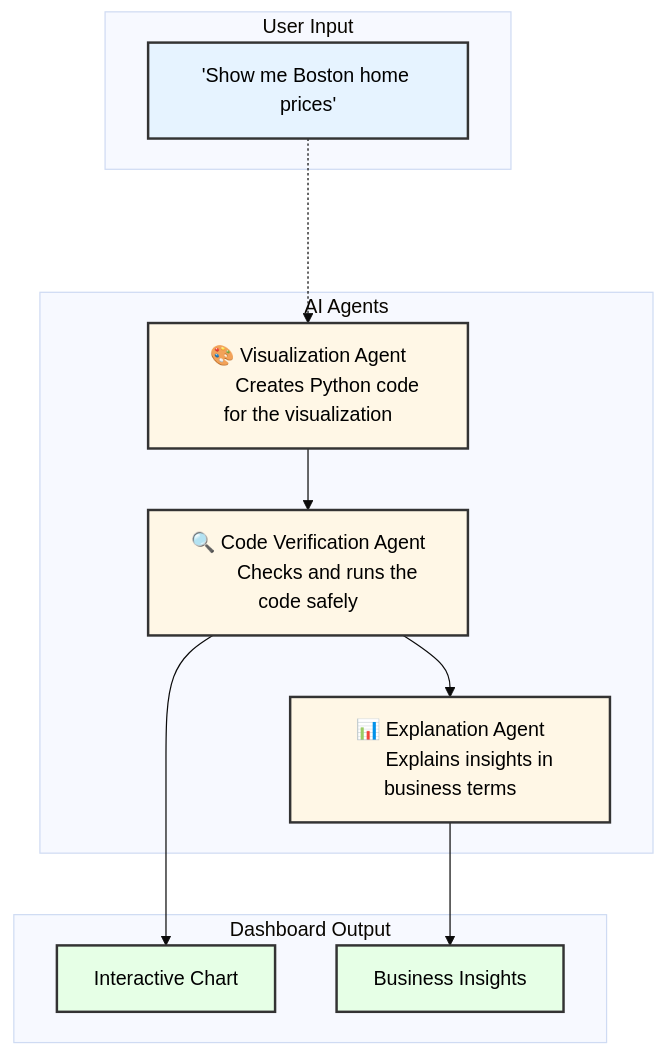
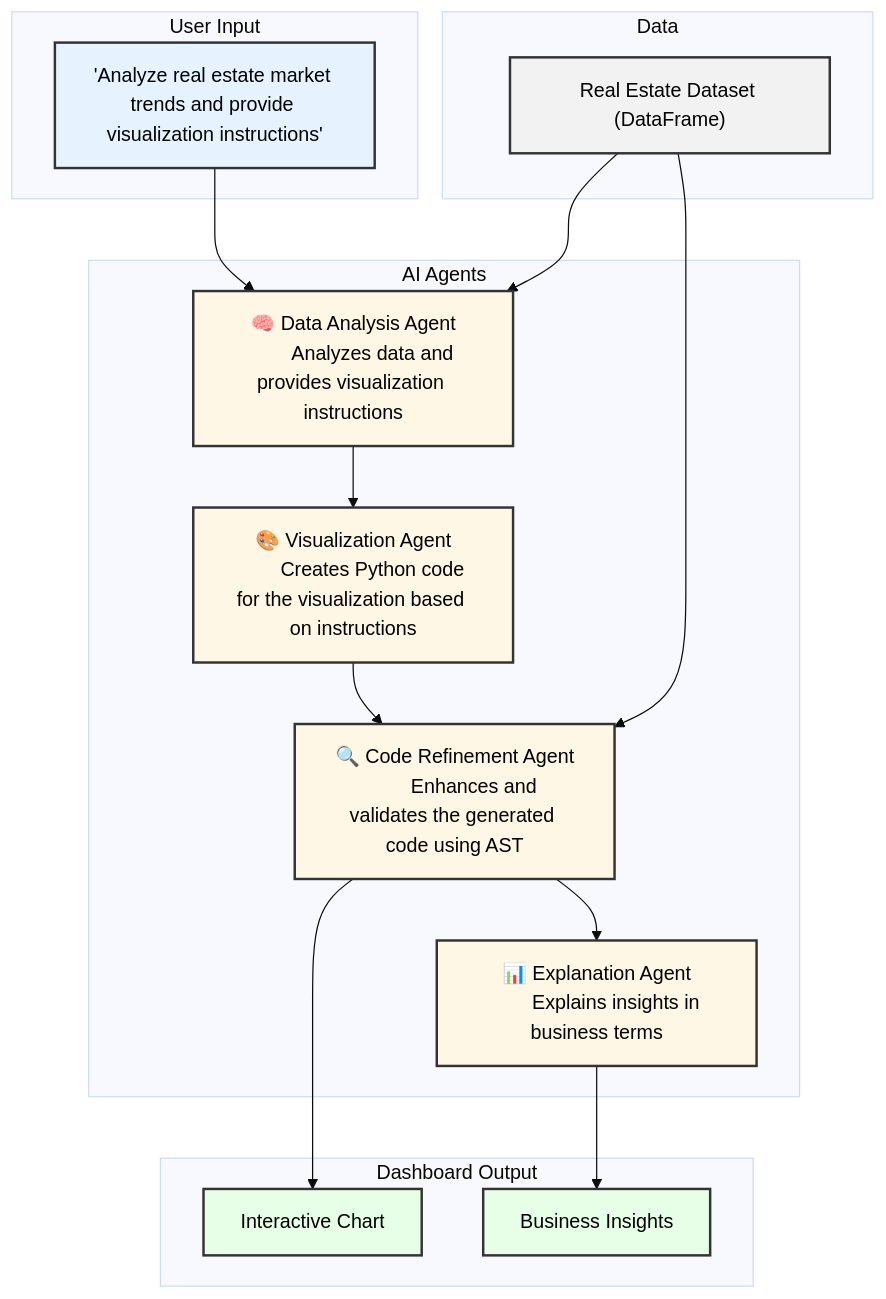
One commit to srbutler1/real_estate_tool changed the diagram in README.md. Above: the diagram before and after it, drawn with Mermaid (base theme).

````diff
--- a/README.md
+++ b/README.md
@@ -8,34 +8,45 @@
 ```mermaid
 flowchart TD
     subgraph User["User Input"]
-        Query["'Show me Boston home prices'"]
+        Query["'Analyze real estate market trends and provide visualization instructions'"]
     end
 
-    subgraph Agents["    AI Agents"]
-        Agent1["🎨 Visualization Agent
-        Creates Python code for the visualization"]
-        Agent2["🔍 Code Verification Agent
-        Checks and runs the code safely"]
-        Agent3["📊 Explanation Agent
+    subgraph Data["Data"]
+        DataFrame["Real Estate Dataset (DataFrame)"]
+    end
+
+    subgraph Agents["AI Agents"]
+        Agent1["🧠 Data Analysis Agent
+        Analyzes data and provides visualization instructions"]
+        Agent2["🎨 Visualization Agent
+        Creates Python code for the visualization based on instructions"]
+        Agent3["🔍 Code Refinement Agent
+        Enhances and validates the generated code using AST"]
+        Agent4["📊 Explanation Agent
         Explains insights in business terms"]
     end
 
     subgraph Output["Dashboard Output"]
         Chart["Interactive Chart"]
         Text["Business Insights"]
     end
 
-    Query -..-> Agent1
+    Query --> Agent1
+    DataFrame --> Agent1
     Agent1 --> Agent2
     Agent2 --> Agent3
-    Agent2 --> Chart
-    Agent3 --> Text
+    Agent3 --> Agent4
+    DataFrame --> Agent3
+    Agent3 --> Chart
+    Agent4 --> Text
 
     classDef queryClass fill:#e6f3ff,stroke:#333,stroke-width:2px,color:#000
+    classDef dataClass fill:#f2f2f2,stroke:#333,stroke-width:2px,color:#000
     classDef agentClass fill:#fff7e6,stroke:#333,stroke-width:2px,color:#000
     classDef outputClass fill:#e6ffe6,stroke:#333,stroke-width:2px,color:#000
     
     class Query queryClass
-    class Agent1,Agent2,Agent3 agentClass
+    class DataFrame dataClass
+    class Agent1,Agent2,Agent3,Agent4 agentClass
     class Chart,Text outputClass
 ```
````
